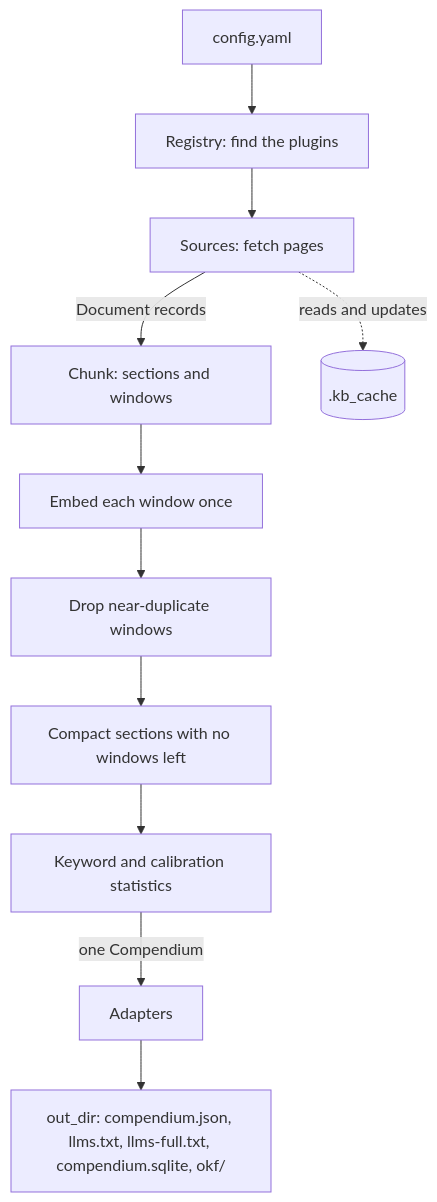
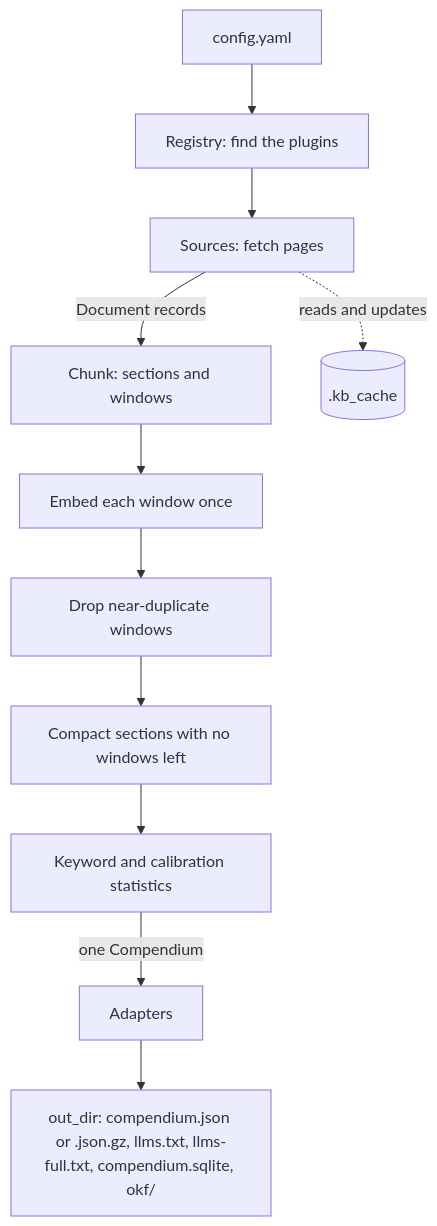
Before and after one commit to DepressionCenter/extractium: the diagram in docs/data-flow.md, drawn with Mermaid. The commit also changed other lines of this file and 12 other files, not shown here.

````diff
--- a/docs/data-flow.md
+++ b/docs/data-flow.md
@@ -41,13 +41,13 @@
 ```mermaid
 flowchart TD
     A[config.yaml] --> B[Registry: find the plugins]
     B --> C[Sources: fetch pages]
     C -->|Document records| D[Chunk: sections and windows]
     D --> E[Embed each window once]
     E --> F[Drop near-duplicate windows]
     F --> G[Compact sections with no windows left]
     G --> H[Keyword and calibration statistics]
     H -->|one Compendium| I[Adapters]
-    I --> J[out_dir: compendium.json, llms.txt, llms-full.txt, compendium.sqlite, okf/]
+    I --> J[out_dir: compendium.json or .json.gz, llms.txt, llms-full.txt, compendium.sqlite, okf/]
     C -.reads and updates.-> K[(.kb_cache)]
 ```
````
